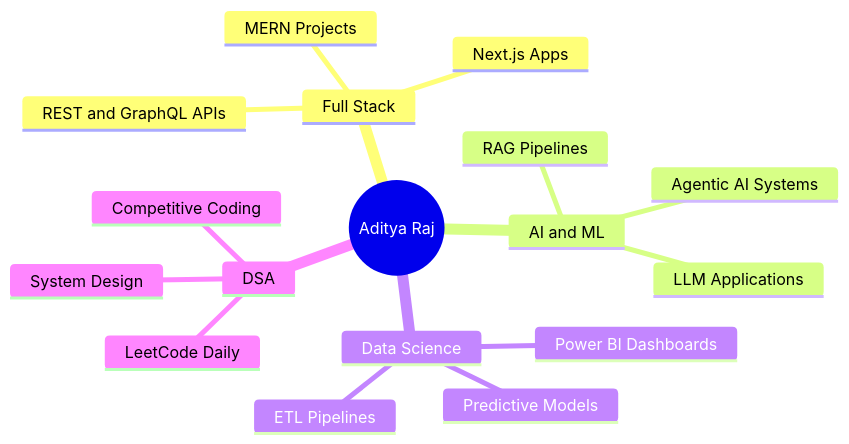
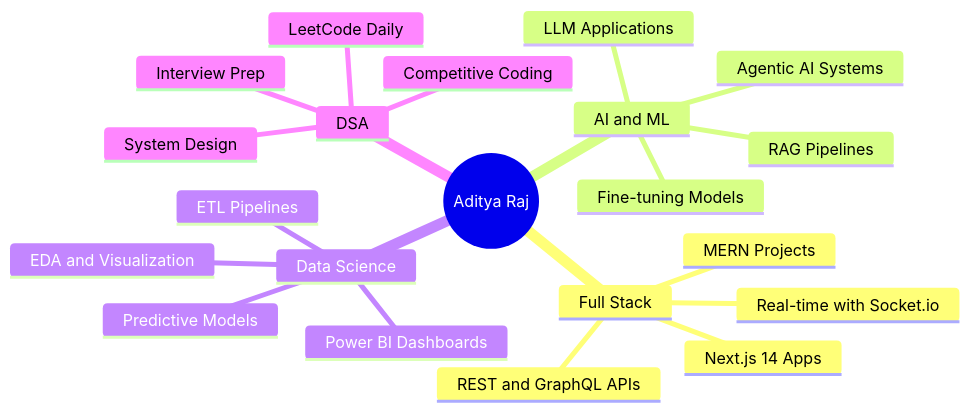
One commit to adityaraj1001/adityaraj1001 changed the diagram in README.MD. Above: the diagram before and after it, drawn with Mermaid. The commit also changed other lines of this file, not shown here.

````diff
--- a/README.MD
+++ b/README.MD
@@ -327,20 +333,24 @@
 ```mermaid
 mindmap
   root((Aditya Raj))
     Full Stack
       MERN Projects
-      Next.js Apps
+      Next.js 14 Apps
       REST and GraphQL APIs
+      Real-time with Socket.io
     AI and ML
       LLM Applications
       RAG Pipelines
       Agentic AI Systems
+      Fine-tuning Models
     Data Science
       Power BI Dashboards
       Predictive Models
       ETL Pipelines
+      EDA and Visualization
     DSA
       LeetCode Daily
       System Design
       Competitive Coding
+      Interview Prep
 ```
````
